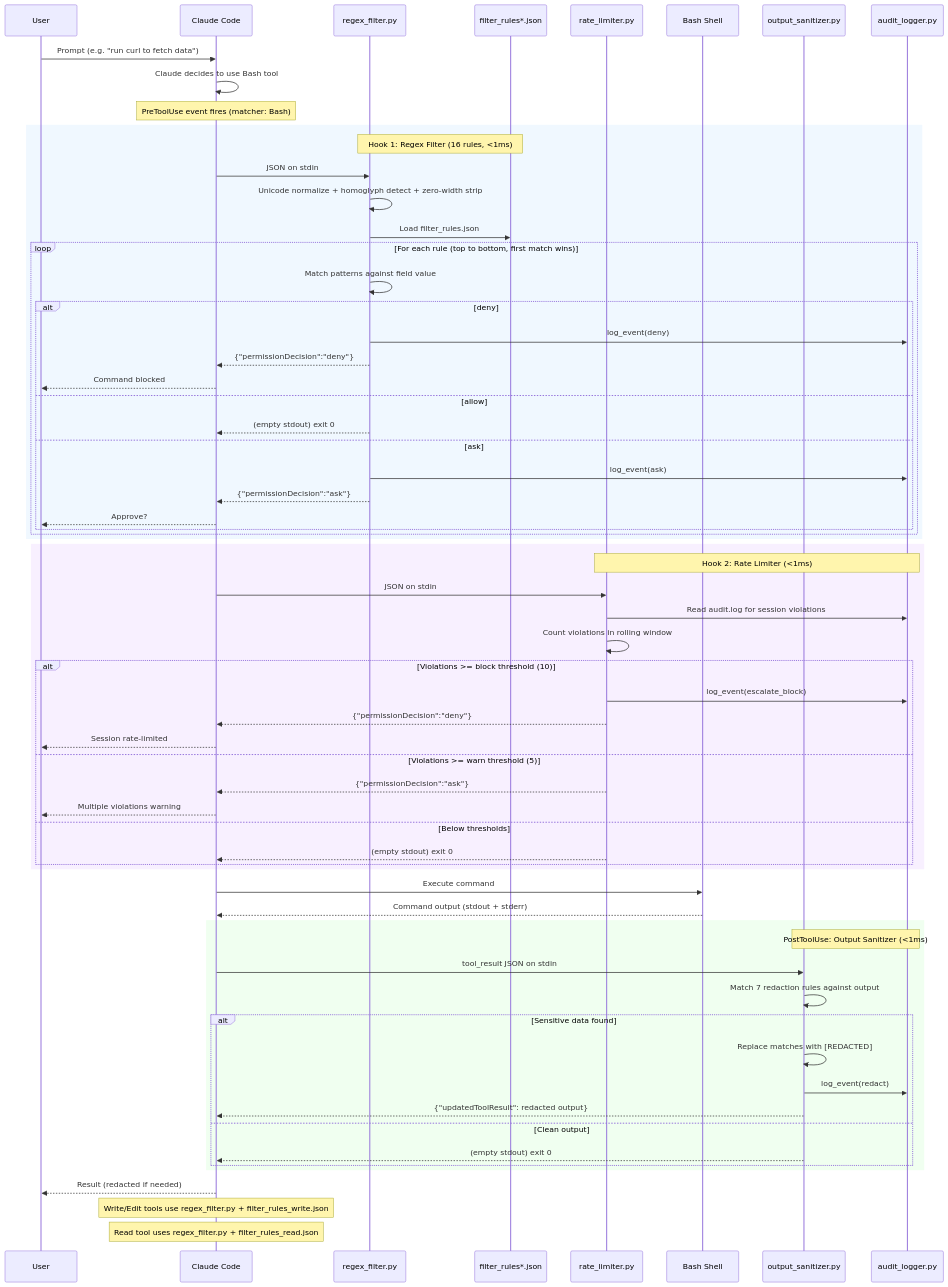
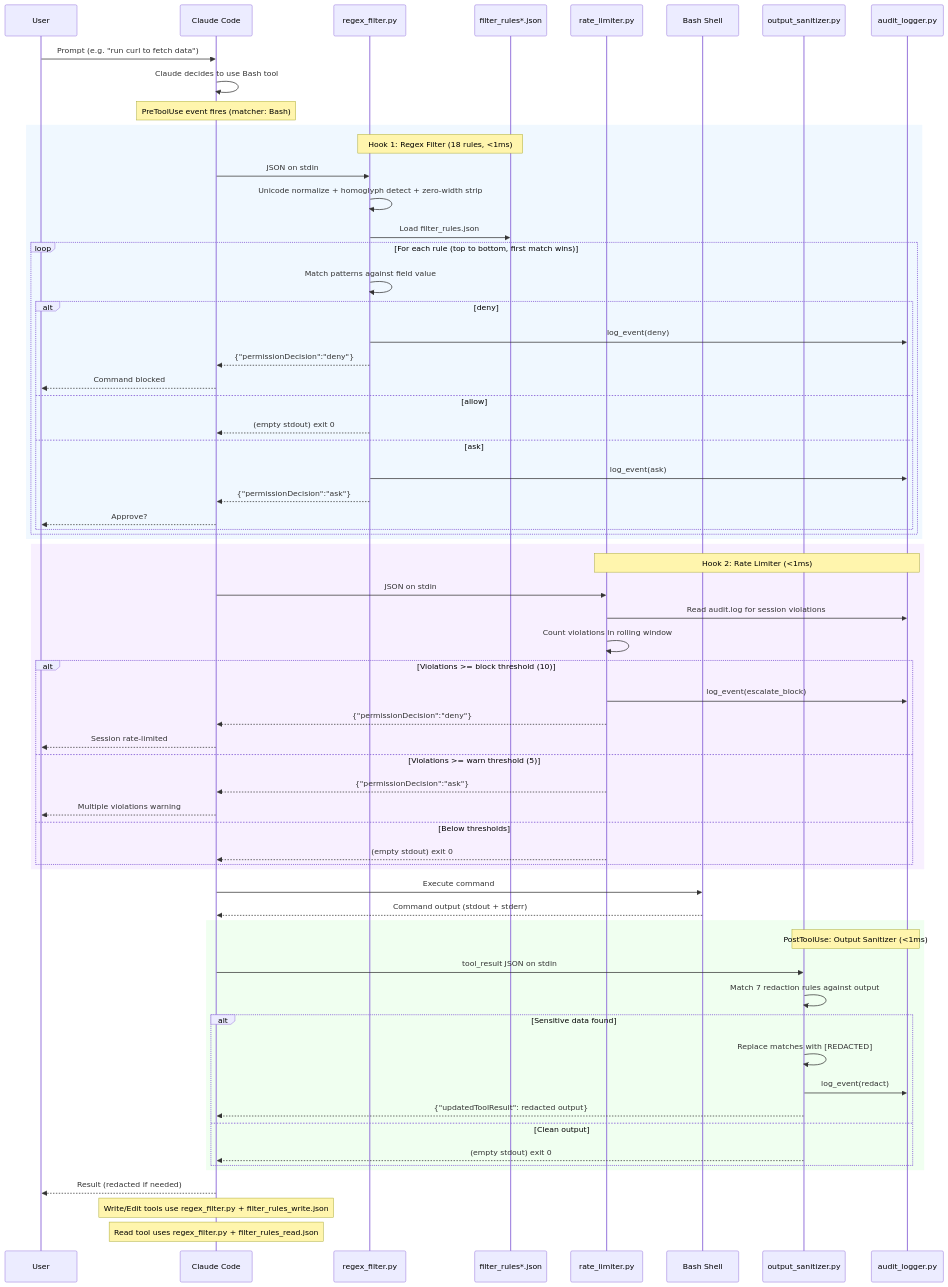
Before and after one commit to pipopoplin/claude-privacy-hook: the first of 2 diagrams in docs/sequence-diagram.md, drawn with Mermaid. The commit also changed other lines of this file and 9 other files, not shown here.

````diff
--- a/docs/sequence-diagram.md
+++ b/docs/sequence-diagram.md
@@ -5,78 +5,78 @@
 ```mermaid
 sequenceDiagram
     participant User
     participant ClaudeCode as Claude Code
     participant Regex as regex_filter.py
     participant Rules as filter_rules*.json
     participant RateLim as rate_limiter.py
     participant Shell as Bash Shell
     participant Sanitizer as output_sanitizer.py
     participant Audit as audit_logger.py
 
     User->>ClaudeCode: Prompt (e.g. "run curl to fetch data")
     ClaudeCode->>ClaudeCode: Claude decides to use Bash tool
 
     Note over ClaudeCode: PreToolUse event fires (matcher: Bash)
 
     rect rgb(240, 248, 255)
-        Note over Regex,Rules: Hook 1: Regex Filter (16 rules, <1ms)
+        Note over Regex,Rules: Hook 1: Regex Filter (18 rules, <1ms)
         ClaudeCode->>Regex: JSON on stdin
         Regex->>Regex: Unicode normalize + homoglyph detect + zero-width strip
         Regex->>Rules: Load filter_rules.json
 
         loop For each rule (top to bottom, first match wins)
             Regex->>Regex: Match patterns against field value
             alt deny
                 Regex->>Audit: log_event(deny)
                 Regex-->>ClaudeCode: {"permissionDecision":"deny"}
                 ClaudeCode-->>User: Command blocked
             else allow
                 Regex-->>ClaudeCode: (empty stdout) exit 0
             else ask
                 Regex->>Audit: log_event(ask)
                 Regex-->>ClaudeCode: {"permissionDecision":"ask"}
                 ClaudeCode-->>User: Approve?
             end
         end
     end
 
     rect rgb(248, 240, 255)
         Note over RateLim,Audit: Hook 2: Rate Limiter (<1ms)
         ClaudeCode->>RateLim: JSON on stdin
         RateLim->>Audit: Read audit.log for session violations
         RateLim->>RateLim: Count violations in rolling window
 
         alt Violations >= block threshold (10)
             RateLim->>Audit: log_event(escalate_block)
             RateLim-->>ClaudeCode: {"permissionDecision":"deny"}
             ClaudeCode-->>User: Session rate-limited
         else Violations >= warn threshold (5)
             RateLim-->>ClaudeCode: {"permissionDecision":"ask"}
             ClaudeCode-->>User: Multiple violations warning
         else Below thresholds
             RateLim-->>ClaudeCode: (empty stdout) exit 0
         end
     end
 
     ClaudeCode->>Shell: Execute command
     Shell-->>ClaudeCode: Command output (stdout + stderr)
 
     rect rgb(240, 255, 240)
         Note over Sanitizer,Audit: PostToolUse: Output Sanitizer (<1ms)
         ClaudeCode->>Sanitizer: tool_result JSON on stdin
         Sanitizer->>Sanitizer: Match 7 redaction rules against output
 
         alt Sensitive data found
             Sanitizer->>Sanitizer: Replace matches with [REDACTED]
             Sanitizer->>Audit: log_event(redact)
             Sanitizer-->>ClaudeCode: {"updatedToolResult": redacted output}
         else Clean output
             Sanitizer-->>ClaudeCode: (empty stdout) exit 0
         end
     end
 
     ClaudeCode-->>User: Result (redacted if needed)
 
     Note over ClaudeCode: Write/Edit tools use regex_filter.py + filter_rules_write.json
     Note over ClaudeCode: Read tool uses regex_filter.py + filter_rules_read.json
 ```
````
